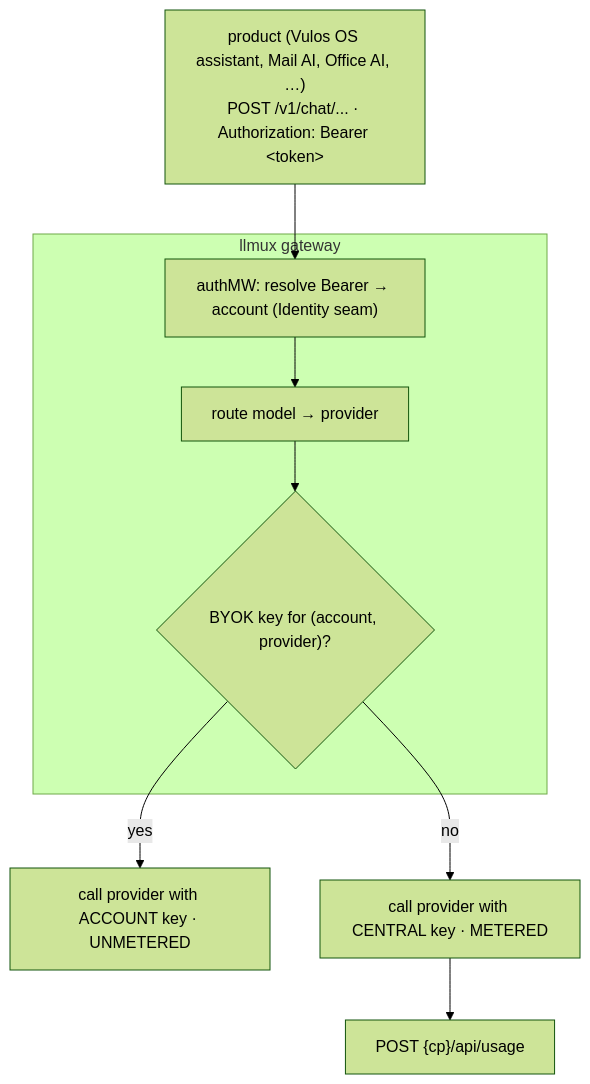
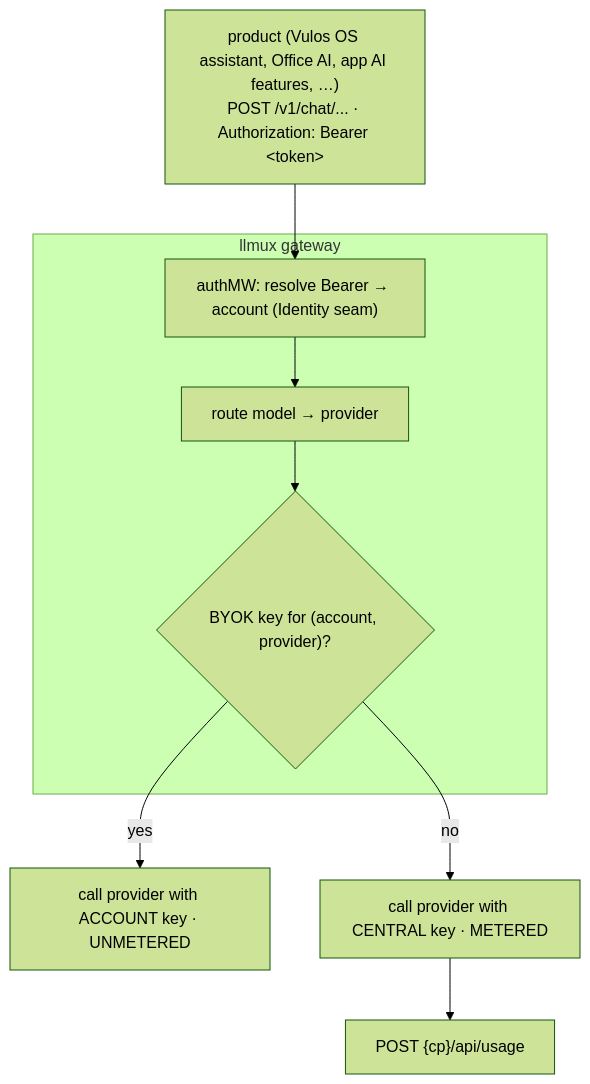
One commit to vul-os/llmux changed the diagram in docs/LLM-ACCESS.md. Above: the diagram before and after it, drawn with Mermaid (forest theme). The commit also changed other lines of this file and 2 other files, not shown here.

Commit message:
docs: drop archived-product framing (Meet captions / Mail AI)
llmux stays the sovereign AI gateway. Genericize the few references to archived
first-party comms/mail products: "Meet captions" -> voice captions /
transcription, and "Mail AI" -> app AI features in the access-flow diagram.
AI-gateway content unchanged. Docs only; no code changes.

````diff
--- a/docs/LLM-ACCESS.md
+++ b/docs/LLM-ACCESS.md
@@ -17,13 +17,13 @@
 ```mermaid
 flowchart TD
-    product["product (Vulos OS assistant, Mail AI, Office AI, …)<br/>POST /v1/chat/... · Authorization: Bearer &lt;token&gt;"] --> auth
+    product["product (Vulos OS assistant, Office AI, app AI features, …)<br/>POST /v1/chat/... · Authorization: Bearer &lt;token&gt;"] --> auth
 
     subgraph gateway["llmux gateway"]
         auth["authMW: resolve Bearer → account (Identity seam)"] --> route["route model → provider"]
         route --> byok{"BYOK key for (account, provider)?"}
     end
 
     byok -->|yes| acct["call provider with ACCOUNT key · UNMETERED"]
     byok -->|no| central["call provider with CENTRAL key · METERED"]
     central --> usage["POST {cp}/api/usage"]
 ```
````
